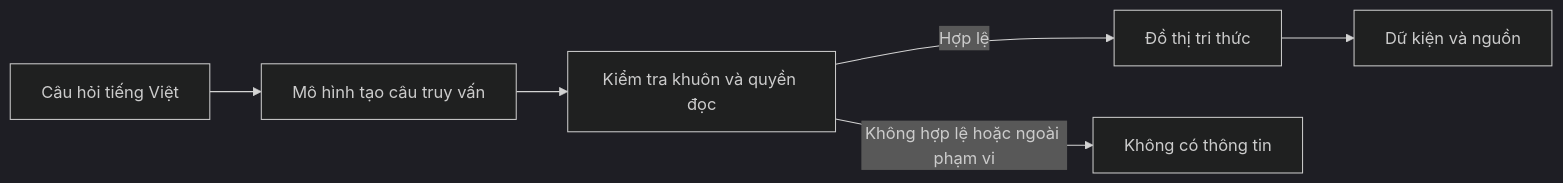
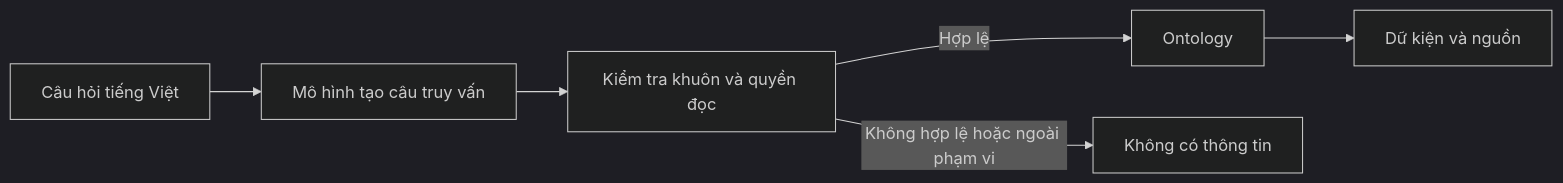
The diagram in docs/ARCHITECTURE.md (vpthinh19/ontology-chatbot), drawn with Mermaid (dark theme) before and after one commit. The commit also changed other lines of this file and 9 other files, not shown here.

````diff
--- a/docs/ARCHITECTURE.md
+++ b/docs/ARCHITECTURE.md
@@ -7,8 +7,8 @@
 ```mermaid
 flowchart LR
     A[Câu hỏi tiếng Việt] --> B[Mô hình tạo câu truy vấn]
     B --> C[Kiểm tra khuôn và quyền đọc]
-    C -->|Hợp lệ| D[Đồ thị tri thức]
+    C -->|Hợp lệ| D[Ontology]
     C -->|Không hợp lệ hoặc ngoài phạm vi| E[Không có thông tin]
     D --> F[Dữ kiện và nguồn]
 ```
````
